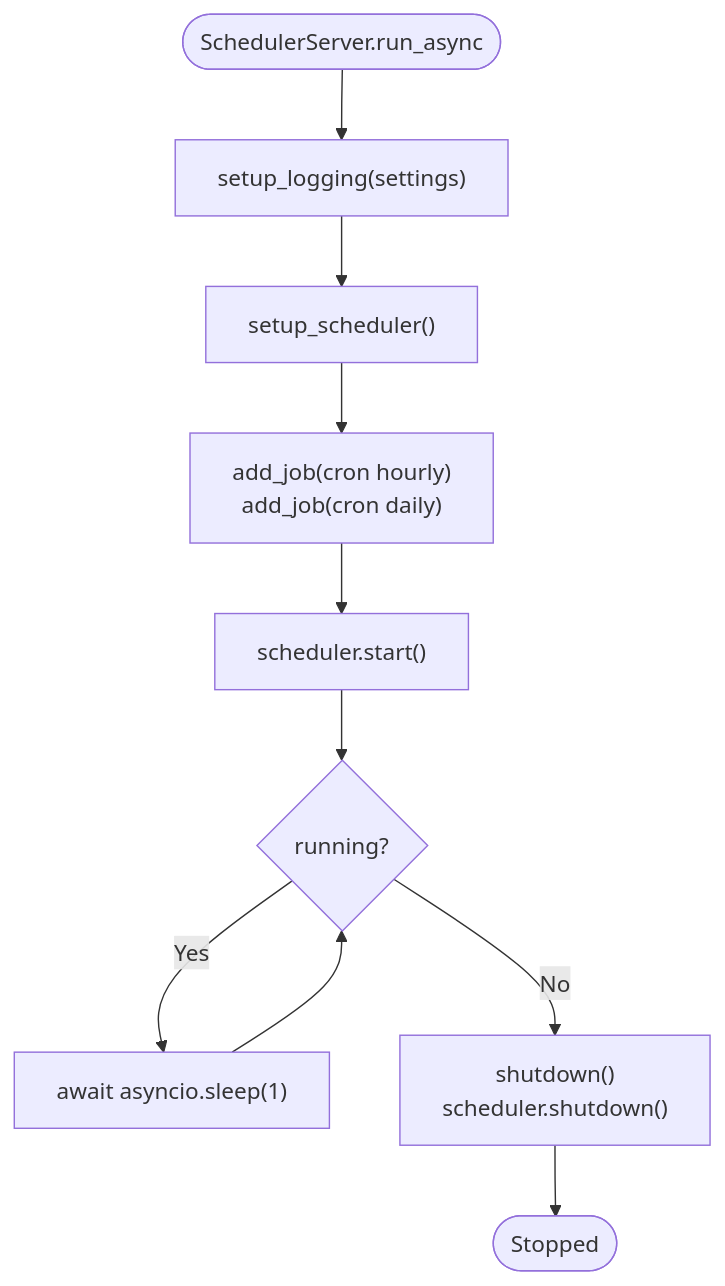
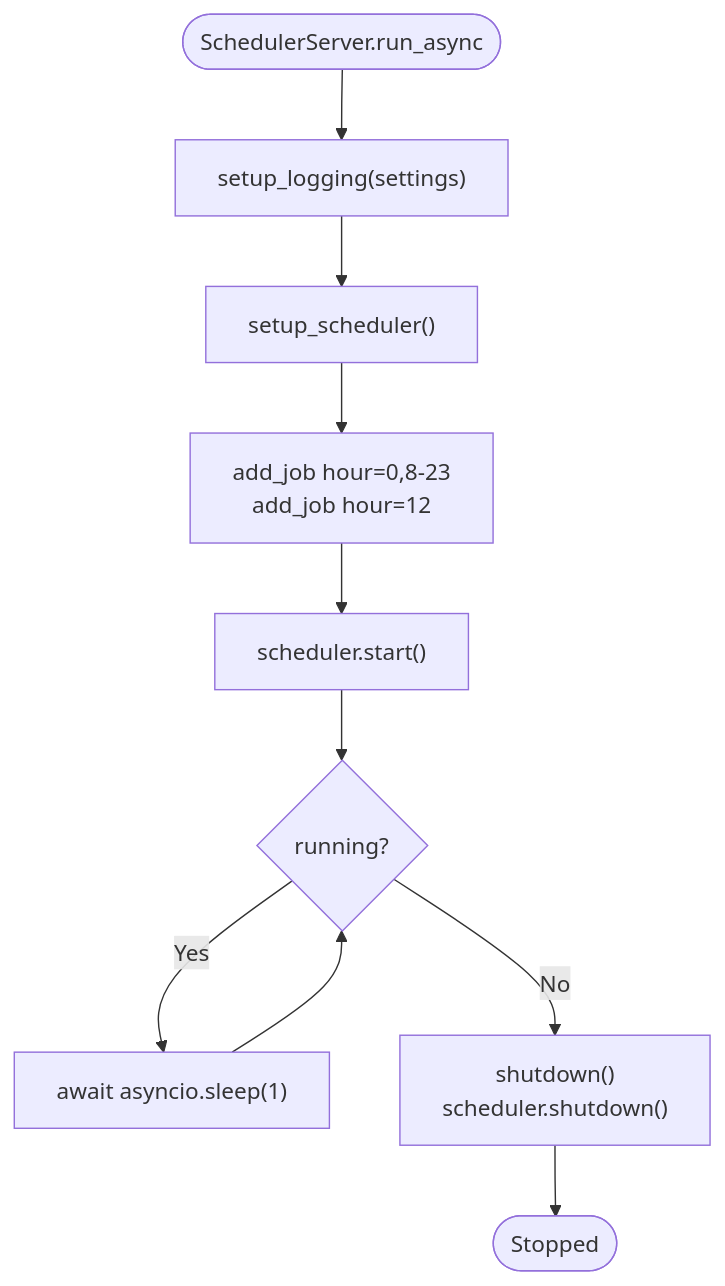
Before and after one commit to tashifkhan/tashif.codes: the third of 8 diagrams in src/data/docs/jiit-placement-alerts/Server Components/Scheduler Server.md, drawn with Mermaid. The commit also changed other lines of this file and 2128 other files, not shown here.

First line of the commit message:
docs: replace raster diagram images with native Mermaid across project guides

````diff
--- a/src/data/docs/jiit-placement-alerts/Server Components/Scheduler Server.md
+++ b/src/data/docs/jiit-placement-alerts/Server Components/Scheduler Server.md
@@ -99,12 +99,12 @@
 ```mermaid
 flowchart TD
 Start(["SchedulerServer.run_async"]) --> SetupLogging["setup_logging(settings)"]
 SetupLogging --> SetupScheduler["setup_scheduler()"]
-SetupScheduler --> AddJobs["add_job(cron hourly)<br/>add_job(cron daily)"]
+SetupScheduler --> AddJobs["add_job hour=0,8-23<br/>add_job hour=12"]
 AddJobs --> StartScheduler["scheduler.start()"]
 StartScheduler --> Loop{"running?"}
 Loop --> |Yes| Sleep["await asyncio.sleep(1)"]
 Sleep --> Loop
 Loop --> |No| Shutdown["shutdown()<br/>scheduler.shutdown()"]
 Shutdown --> End(["Stopped"])
 ```
````
